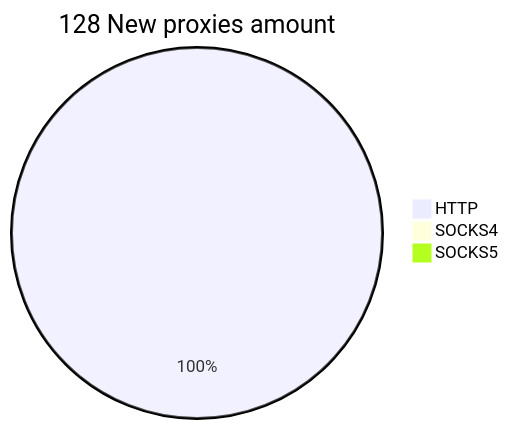
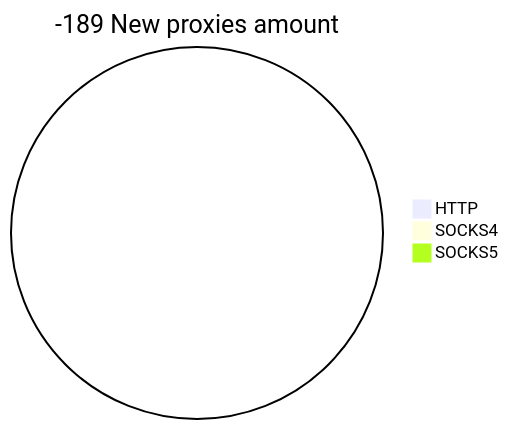
One commit to cutipu/proxylist changed the second of 2 diagrams in README.md. Above: the diagram before and after it, drawn with Mermaid. The commit also changed other lines of this file, not shown here.

````diff
--- a/README.md
+++ b/README.md
@@ -10,6 +10,6 @@
 ```mermaid
-pie title 128 New proxies amount
-    "HTTP" : 141
+pie title -189 New proxies amount
+    "HTTP" : 0
     "SOCKS4" : 0
     "SOCKS5" : 0
 ```
````
